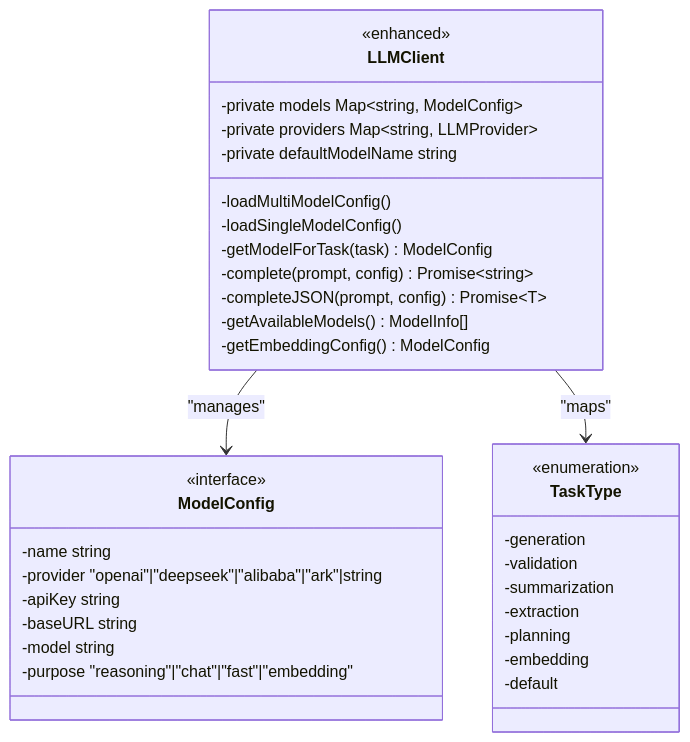
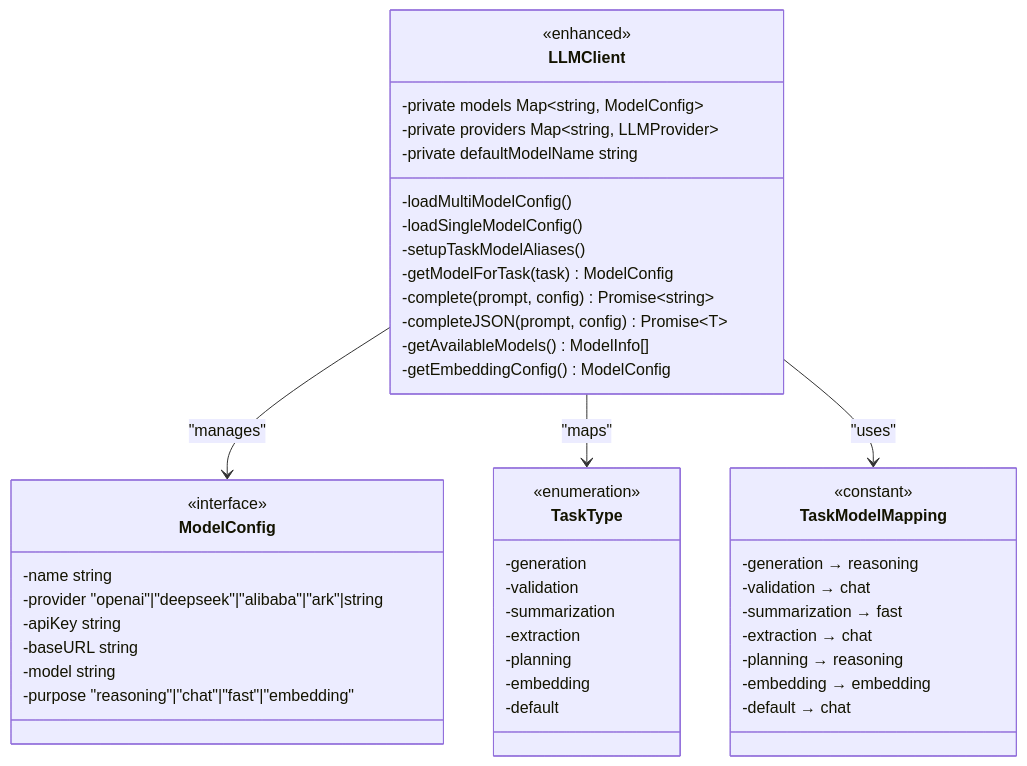
One commit to liwonder/NARRITIVE_OS changed the third of 8 diagrams in .qoder/repowiki/en/content/LLM Integration and Configuration.md. Above: the diagram before and after it, drawn with Mermaid. The commit also changed other lines of this file and 5 other files, not shown here.

````diff
--- a/.qoder/repowiki/en/content/LLM Integration and Configuration.md
+++ b/.qoder/repowiki/en/content/LLM Integration and Configuration.md
@@ -220,37 +230,49 @@
 ```mermaid
 classDiagram
 class LLMClient {
 <<enhanced>>
 -private models Map~string, ModelConfig~
 -private providers Map~string, LLMProvider~
 -private defaultModelName string
 -loadMultiModelConfig()
 -loadSingleModelConfig()
+-setupTaskModelAliases()
 -getModelForTask(task) ModelConfig
 -complete(prompt, config) Promise~string~
 -completeJSON(prompt, config) Promise~T~
 -getAvailableModels() ModelInfo[]
 -getEmbeddingConfig() ModelConfig
 }
 class ModelConfig {
 <<interface>>
 -name string
 -provider "openai"|"deepseek"|"alibaba"|"ark"|string
 -apiKey string
 -baseURL string
 -model string
 -purpose "reasoning"|"chat"|"fast"|"embedding"
 }
 class TaskType {
 <<enumeration>>
 -generation
 -validation
 -summarization
 -extraction
 -planning
 -embedding
 -default
 }
+class TaskModelMapping {
+<<constant>>
+-generation → reasoning
+-validation → chat
+-summarization → fast
+-extraction → chat
+-planning → reasoning
+-embedding → embedding
+-default → chat
+}
 LLMClient --> ModelConfig : "manages"
 LLMClient --> TaskType : "maps"
+LLMClient --> TaskModelMapping : "uses"
 ```
````
